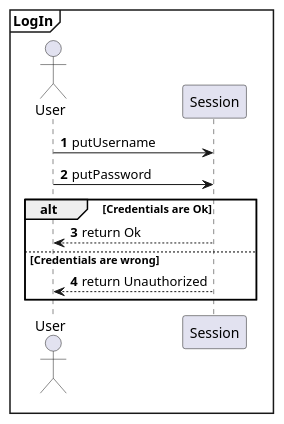
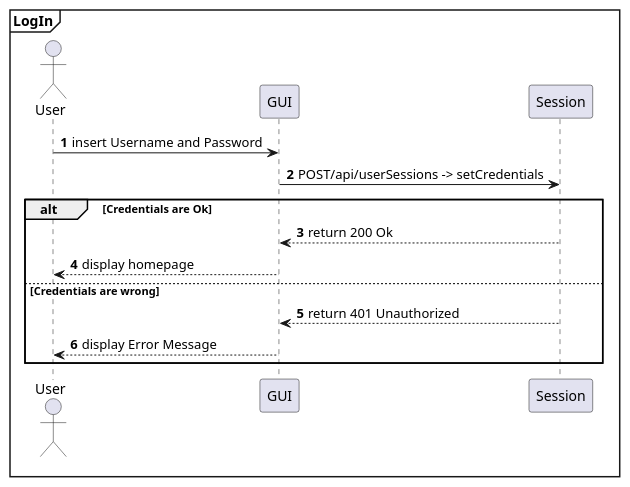
One commit to AlexZampa/EzWh changed diagram 11 of 15 in DesignDocument.md. Above: the diagram before and after it, drawn with PlantUML. The commit also changed other lines of this file, not shown here.

````diff
--- a/DesignDocument.md
+++ b/DesignDocument.md
@@ -646,16 +655,19 @@
 ```plantuml
 @startuml
 mainframe **LogIn**
 actor User
+participant GUI
 participant Session
 
 autonumber
-User -> Session : putUsername
-User -> Session : putPassword
+User -> GUI : insert Username and Password
+GUI -> Session : POST/api/userSessions -> setCredentials
 alt Credentials are Ok
-  User <-- Session : return Ok
+  GUI <-- Session : return 200 Ok
+  User <-- GUI : display homepage
 else Credentials are wrong
-  User <-- Session : return Unauthorized
+  GUI <-- Session : return 401 Unauthorized
+  User <-- GUI : display Error Message
 end
 @enduml
 ```
````
